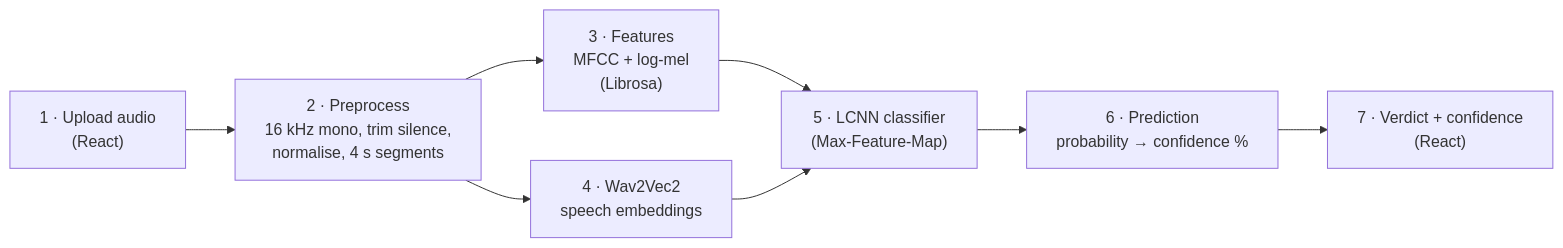
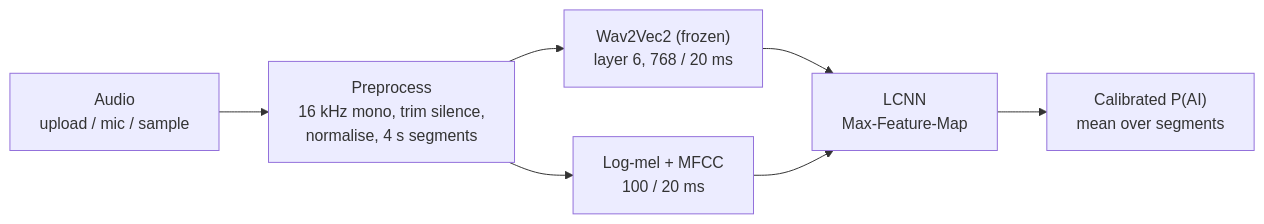
One commit to Manjunath-G-K/fakeaudio-shield changed the diagram in README.md. Above: the diagram before and after it, drawn with Mermaid. The commit also changed other lines of this file and 3 other files, not shown here.

````diff
--- a/README.md
+++ b/README.md
@@ -22,10 +37,9 @@
 ```mermaid
 flowchart LR
-    A["1 · Upload audio<br/>(React)"] --> B["2 · Preprocess<br/>16 kHz mono, trim silence,<br/>normalise, 4 s segments"]
-    B --> C["3 · Features<br/>MFCC + log-mel<br/>(Librosa)"]
-    B --> D["4 · Wav2Vec2<br/>speech embeddings"]
-    C --> E["5 · LCNN classifier<br/>(Max-Feature-Map)"]
+    A["Audio<br/>upload / mic / sample"] --> B["Preprocess<br/>16 kHz mono, trim silence,<br/>normalise, 4 s segments"]
+    B --> C["Wav2Vec2 (frozen)<br/>layer 6, 768 / 20 ms"]
+    B --> D["Log-mel + MFCC<br/>100 / 20 ms"]
+    C --> E["LCNN<br/>Max-Feature-Map"]
     D --> E
-    E --> F["6 · Prediction<br/>probability → confidence %"]
-    F --> G["7 · Verdict + confidence<br/>(React)"]
+    E --> F["Calibrated P(AI)<br/>mean over segments"]
 ```
````
